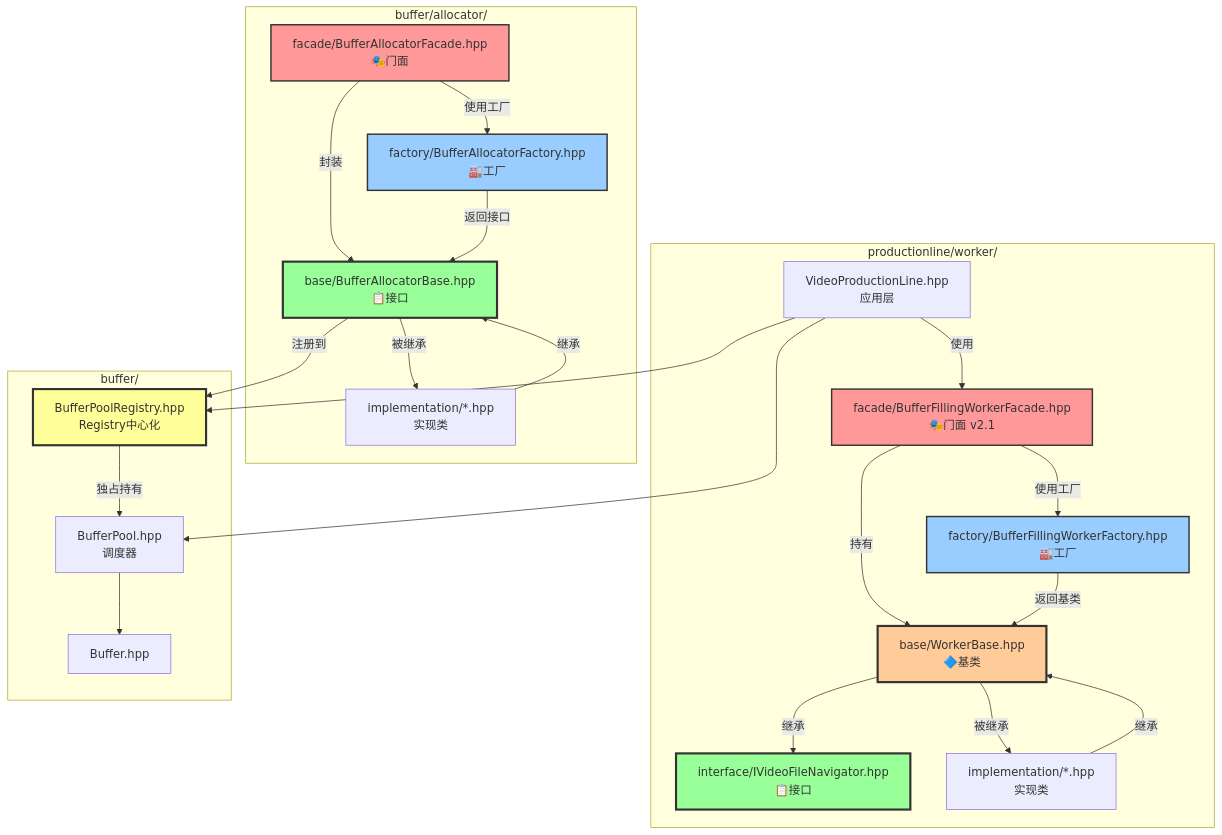
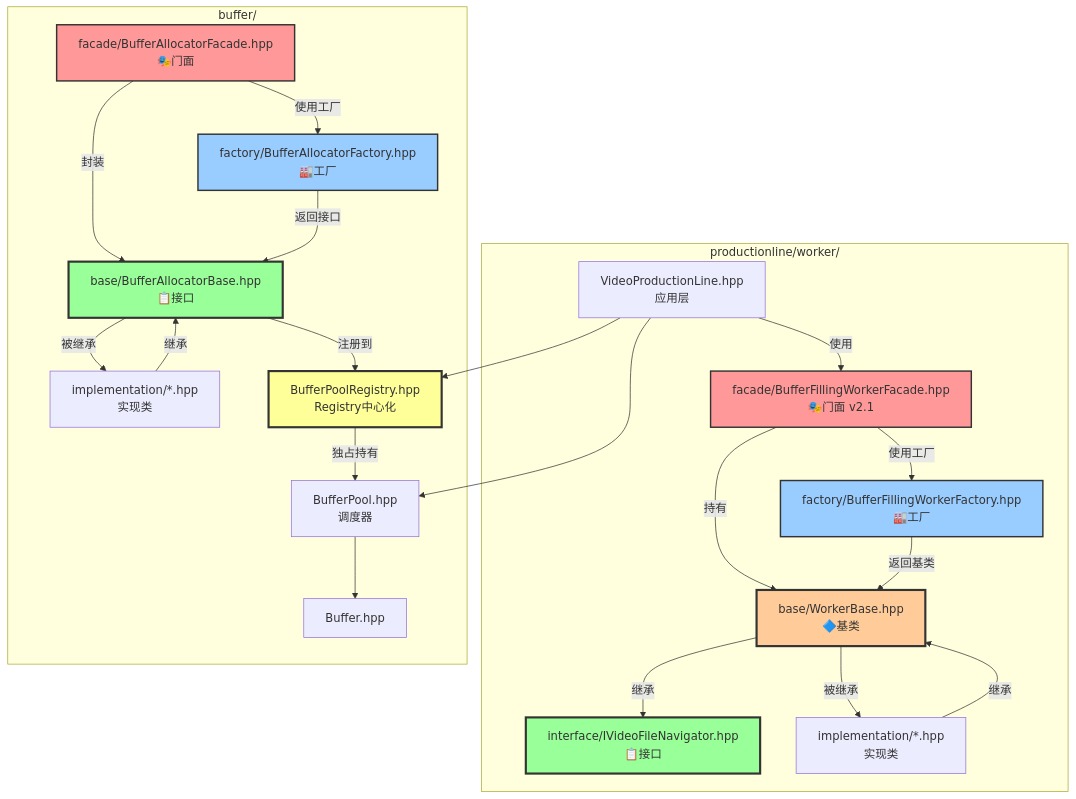
The fifth of 6 diagrams in ARCHITECTURE.md (luoxiafeng-1990/components), drawn with Mermaid before and after one commit. The commit also changed other lines of this file and 74 other files, not shown here.

````diff
--- a/ARCHITECTURE.md
+++ b/ARCHITECTURE.md
@@ -1056,53 +1056,53 @@
 ```mermaid
 graph TD
     subgraph "productionline/worker/"
         VPL[VideoProductionLine.hpp<br/>应用层]
         BFW[facade/BufferFillingWorkerFacade.hpp<br/>🎭门面 v2.1]
         BFWFactory[factory/BufferFillingWorkerFactory.hpp<br/>🏭工厂]
         IVFN[interface/IVideoFileNavigator.hpp<br/>📋接口]
         WB[base/WorkerBase.hpp<br/>🔷基类]
         WorkerImpl[implementation/*.hpp<br/>实现类]
     end
     
-    subgraph "buffer/allocator/"
+    subgraph "buffer/"
         BAF[facade/BufferAllocatorFacade.hpp<br/>🎭门面]
         BAFactory[factory/BufferAllocatorFactory.hpp<br/>🏭工厂]
         BAB[base/BufferAllocatorBase.hpp<br/>📋接口]
         AllocatorImpl[implementation/*.hpp<br/>实现类]
     end
     
     subgraph "buffer/"
         BP[BufferPool.hpp<br/>调度器]
         BPR[BufferPoolRegistry.hpp<br/>Registry中心化]
         B[Buffer.hpp]
     end
     
     VPL -->|使用| BFW
     VPL --> BP
     VPL --> BPR
     BFW -->|持有| WB
     BFW -->|使用工厂| BFWFactory
     BFWFactory -->|返回基类| WB
     WB -->|继承| IVFN
     WB -->|被继承| WorkerImpl
     WorkerImpl -->|继承| WB
     
     BAF -->|封装| BAB
     BAF -->|使用工厂| BAFactory
     BAFactory -->|返回接口| BAB
     BAB -->|被继承| AllocatorImpl
     AllocatorImpl -->|继承| BAB
     
     BAB -->|注册到| BPR
     BPR -->|独占持有| BP
     BP --> B
     
     style IVFN fill:#99ff99,stroke:#333,stroke-width:3px
     style BAB fill:#99ff99,stroke:#333,stroke-width:3px
     style WB fill:#ffcc99,stroke:#333,stroke-width:3px
     style BFW fill:#ff9999,stroke:#333,stroke-width:2px
     style BAF fill:#ff9999,stroke:#333,stroke-width:2px
     style BFWFactory fill:#99ccff,stroke:#333,stroke-width:2px
     style BAFactory fill:#99ccff,stroke:#333,stroke-width:2px
     style BPR fill:#ffff99,stroke:#333,stroke-width:3px
 ```
````
